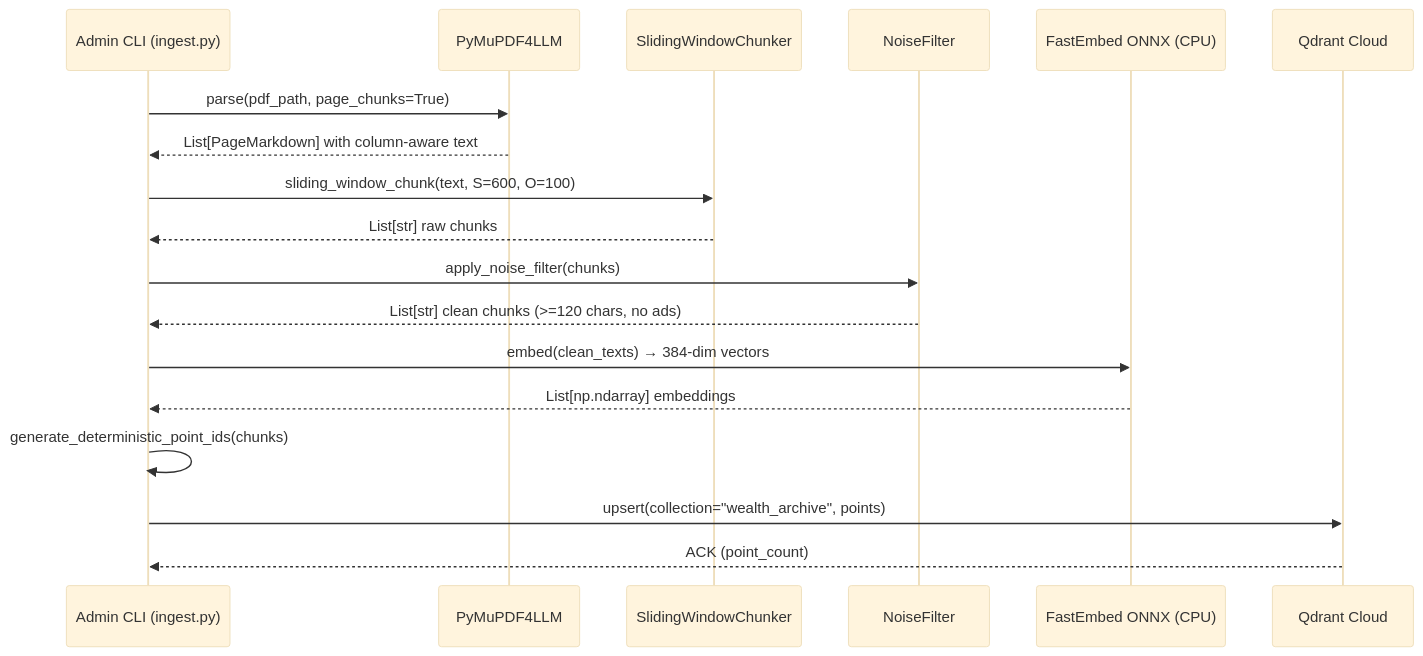
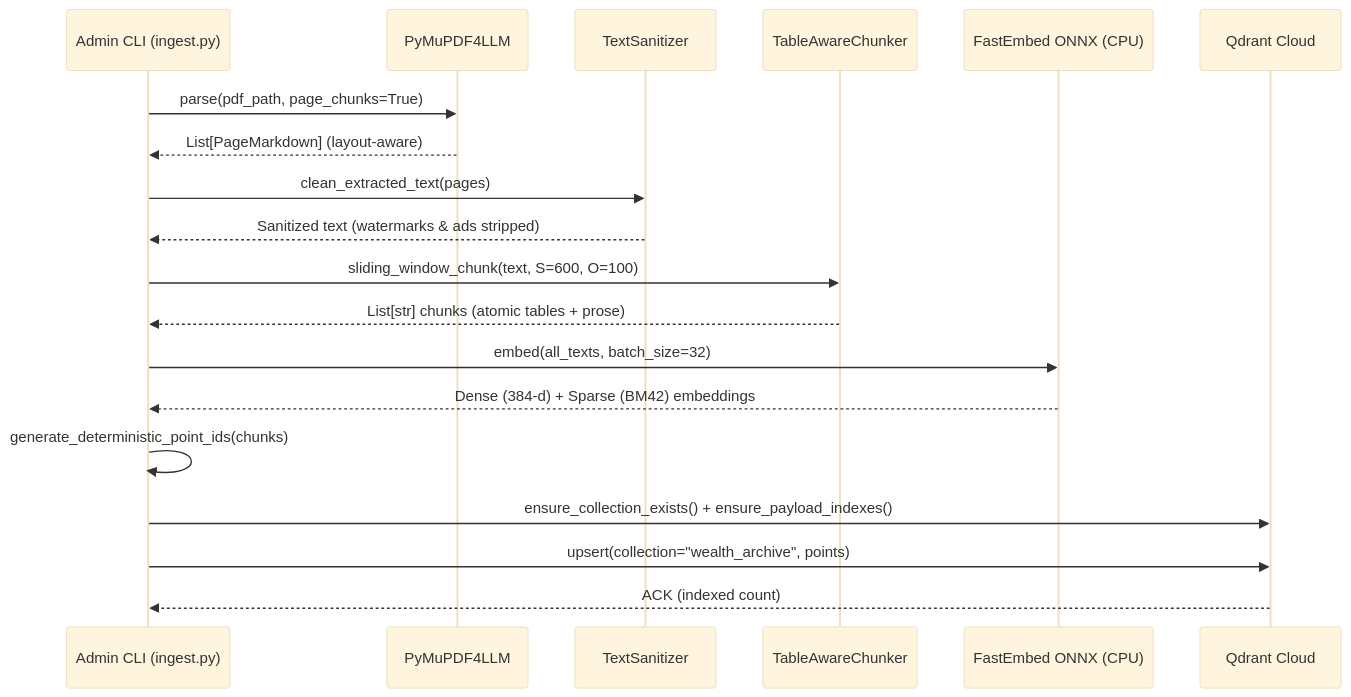
The second of 3 diagrams in mdfiles/TECH_SPEC.md (swaritbkp/wealth-chronicle-rag), drawn with Mermaid (base theme) before and after one commit. The commit also changed other lines of this file and 7 other files, not shown here.

Commit message:
feat(ui-docs): overhaul terminal UI/UX, synchronize mdfiles diagrams, and add optimization audit

````diff
--- a/mdfiles/TECH_SPEC.md
+++ b/mdfiles/TECH_SPEC.md
@@ -37,21 +53,22 @@
 ```mermaid
 sequenceDiagram
     participant Admin as Admin CLI (ingest.py)
     participant PyMuPDF as PyMuPDF4LLM
-    participant Chunker as SlidingWindowChunker
-    participant Filter as NoiseFilter
+    participant Cleaner as TextSanitizer
+    participant Chunker as TableAwareChunker
     participant FastEmbed as FastEmbed ONNX (CPU)
     participant Qdrant as Qdrant Cloud
 
     Admin->>PyMuPDF: parse(pdf_path, page_chunks=True)
-    PyMuPDF-->>Admin: List[PageMarkdown] with column-aware text
+    PyMuPDF-->>Admin: List[PageMarkdown] (layout-aware)
+    Admin->>Cleaner: clean_extracted_text(pages)
+    Cleaner-->>Admin: Sanitized text (watermarks & ads stripped)
     Admin->>Chunker: sliding_window_chunk(text, S=600, O=100)
-    Chunker-->>Admin: List[str] raw chunks
-    Admin->>Filter: apply_noise_filter(chunks)
-    Filter-->>Admin: List[str] clean chunks (>=120 chars, no ads)
-    Admin->>FastEmbed: embed(clean_texts) → 384-dim vectors
-    FastEmbed-->>Admin: List[np.ndarray] embeddings
+    Chunker-->>Admin: List[str] chunks (atomic tables + prose)
+    Admin->>FastEmbed: embed(all_texts, batch_size=32)
+    FastEmbed-->>Admin: Dense (384-d) + Sparse (BM42) embeddings
     Admin->>Admin: generate_deterministic_point_ids(chunks)
+    Admin->>Qdrant: ensure_collection_exists() + ensure_payload_indexes()
     Admin->>Qdrant: upsert(collection="wealth_archive", points)
-    Qdrant-->>Admin: ACK (point_count)
+    Qdrant-->>Admin: ACK (indexed count)
 ```
````
